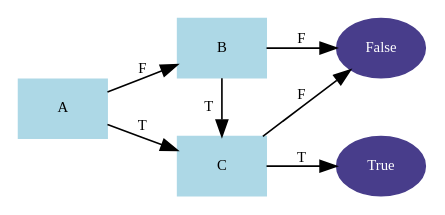
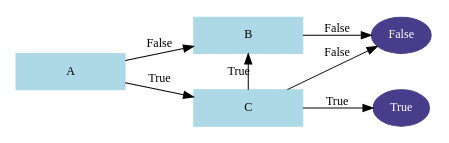
Before and after one commit to AdaCore/gnatcoverage: the diagram in tools/gnatcov/doc/umanual/multipath-bdd.dot, drawn with Graphviz. The commit also changed 5 other files, not shown here.

```diff
--- a/tools/gnatcov/doc/umanual/multipath-bdd.dot
+++ b/tools/gnatcov/doc/umanual/multipath-bdd.dot
@@ -1,32 +1,42 @@
 digraph BDD {
+        size = "3.5, 2.5"
+        margin = "0.1"
         rankdir = LR;
-        compound = T;
-        edge [ fontsize = 9 ];
 
         {
         node [ shape = box, style=filled,
-                  color = lightblue, fontcolor = black, fontsize=9 ];
+               color = lightblue, fontcolor = black,
+               fontsize = 12
+             ];
         
-	node_a [ label = "A" ];
-	node_b [ label = "B", group = "top_line" ];
-	node_c [ label = "C", group = "bot_line" ];
-        }
-
-        { rank = same; node_b; node_c}
+	node_a [ label = "A", width = 1.5 ];
+	node_b [ label = "B", width = 1.5, group = "top_line" ];
+	node_c [ label = "C", width = 1.5, group = "bot_line" ];
+        } 
 
         {
         node [ shape = ellipse, style=filled,
-                  color = darkslateblue, fontcolor = white, fontsize=9 ];
+               color = darkslateblue, fontcolor = white,
+               fontsize = 12
+             ];
 
-        out_f [ label = "False", group = "top_line" ]
-        out_t [ label = "True", group = "bot_line" ]
+        out_f [ label = "False" , group = "top_line" ]
+        out_t [ label = "True" ,group = "bot_line" ]
         }
 
-        node_a -> node_b [ label = "F" ]
-        node_a -> node_c [ label = "T" ]
-        node_b -> node_c [ label = "T" ]
+        compound = true;
+        edge [ fontsize = 12 ];
 
-        node_b -> out_f  [ label = "F" ]
-        node_c -> out_f  [ label = "F" ]
-        node_c -> out_t  [ label = "T" ]
+        node_a -> node_b [ label = "False" ]
+        node_a -> node_c [ label = "True" ]
+
+        node_b -> node_c [ label = " True" , dir=back ]
+        // dir=back is to workaround a bug of rankdir=LR + rank=same,
+        // where the vertical edge is drawn backwards (C->B)
+        
+        { rank = same; node_b; node_c }
+
+        node_b -> out_f  [ label = "False" ]
+        node_c -> out_f  [ label = "False" ]
+        node_c -> out_t  [ label = "True" ]
 }
```
